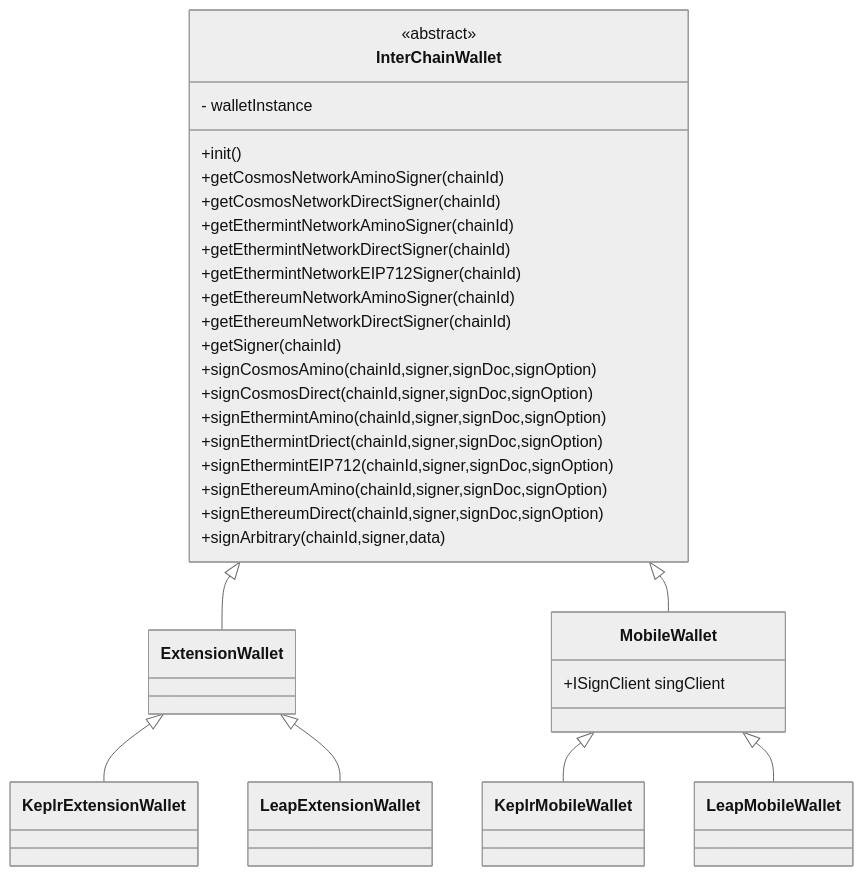
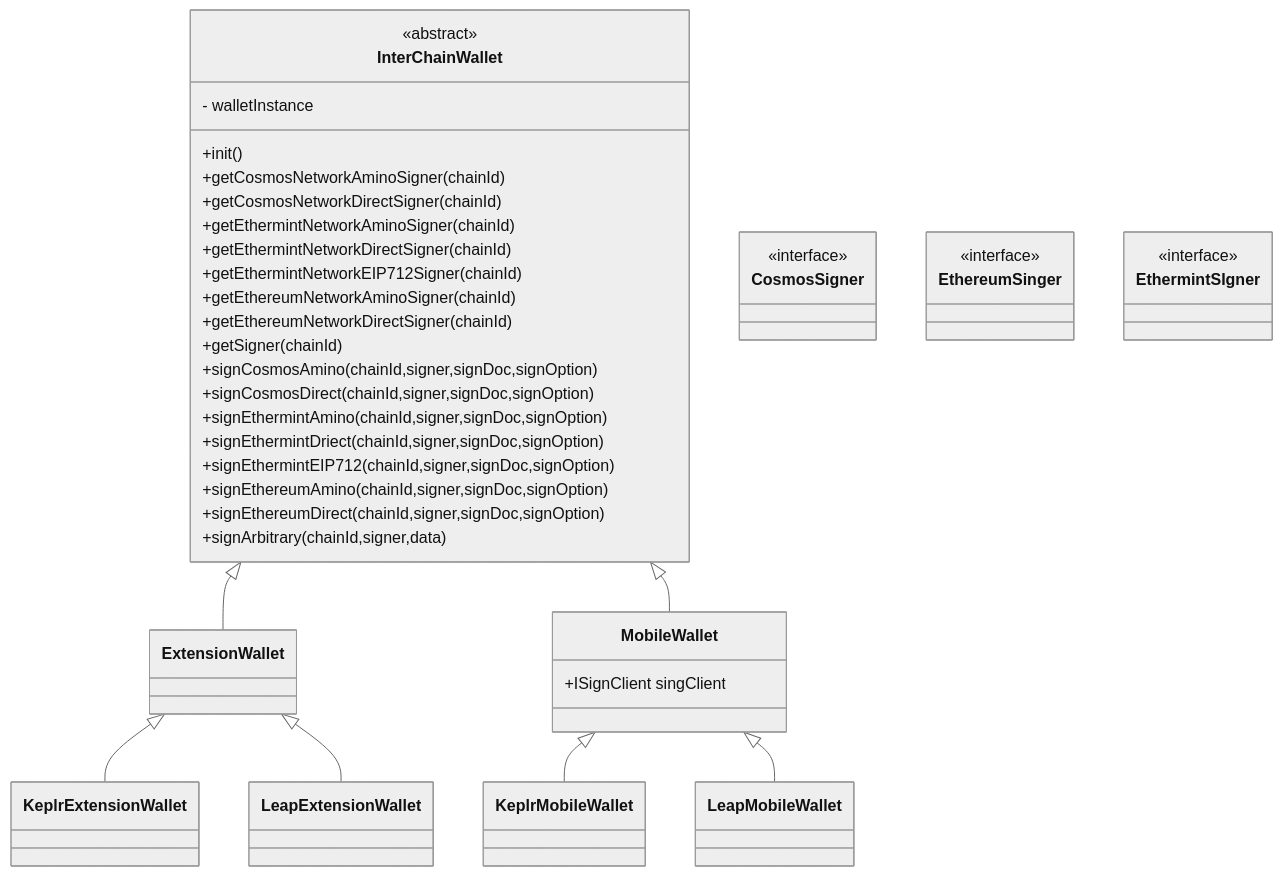
One commit to rivtechnologies/interchain-kit changed the diagram in packages/core/README.md. Above: the diagram before and after it, drawn with Mermaid (neutral theme). The commit also changed 16 other files, not shown here.

````diff
--- a/packages/core/README.md
+++ b/packages/core/README.md
@@ -55,57 +55,67 @@
 ```mermaid
 classDiagram
     class InterChainWallet{
         <<abstract>>
         - walletInstance
         +init()
         +getCosmosNetworkAminoSigner(chainId)
         +getCosmosNetworkDirectSigner(chainId)
         +getEthermintNetworkAminoSigner(chainId)
         +getEthermintNetworkDirectSigner(chainId)
         +getEthermintNetworkEIP712Signer(chainId)
         +getEthereumNetworkAminoSigner(chainId)
         +getEthereumNetworkDirectSigner(chainId)
         +getSigner(chainId)
 
         +signCosmosAmino(chainId,signer,signDoc,signOption)
         +signCosmosDirect(chainId,signer,signDoc,signOption)
         +signEthermintAmino(chainId,signer,signDoc,signOption)
         +signEthermintDriect(chainId,signer,signDoc,signOption)
         +signEthermintEIP712(chainId,signer,signDoc,signOption)
         +signEthereumAmino(chainId,signer,signDoc,signOption)
         +signEthereumDirect(chainId,signer,signDoc,signOption)
         +signArbitrary(chainId,signer,data)
     }
 
     InterChainWallet <|-- ExtensionWallet
     InterChainWallet <|-- MobileWallet
 
     class ExtensionWallet {
 
     }
     class MobileWallet {
       +ISignClient singClient
     }
 
     ExtensionWallet <|-- KeplrExtensionWallet
     ExtensionWallet <|-- LeapExtensionWallet
 
     MobileWallet <|-- KeplrMobileWallet
     MobileWallet <|-- LeapMobileWallet
 
     class KeplrExtensionWallet {
 
     }
     class KeplrMobileWallet {
   
     }
 
     class LeapExtensionWallet {
 
     }
     class LeapMobileWallet {
   
     }
 
+    class CosmosSigner {
+      <<interface>>
+    }
+    class EthereumSinger {
+      <<interface>>
+    }
+    class EthermintSIgner {
+      <<interface>>
+    }
+
 
 ```
````
